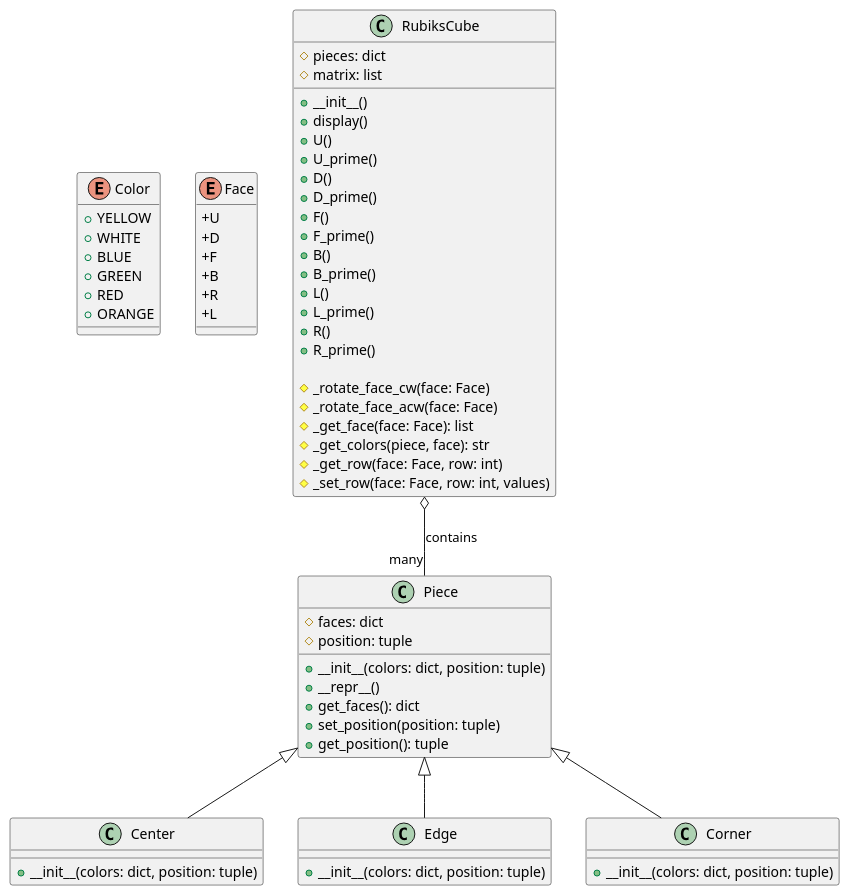
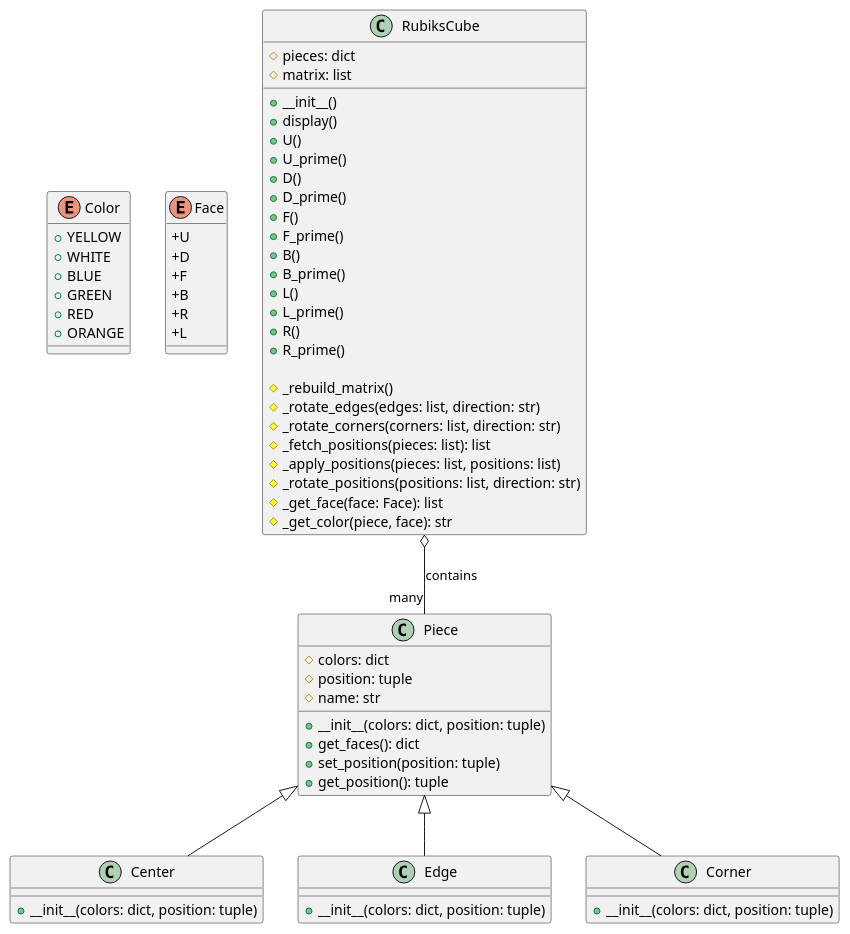
Before and after one commit to FuriousFire05/rubix-cube-solver: the diagram in uml/rubix_cube.puml, drawn with PlantUML. The commit also changed 1 other file, not shown here.

Commit message:
chore: Updated UML

```diff
--- a/uml/rubix_cube.puml
+++ b/uml/rubix_cube.puml
@@ -3,84 +3,86 @@
 @startuml rubix_cube
 
 ' Define Color Enum
 enum Color {
   +YELLOW
   +WHITE
   +BLUE
   +GREEN
   +RED
   +ORANGE
 }
 
 ' Define Face Enum
 enum Face {
   +U
   +D
   +F
   +B
   +R
   +L
 }
 
 ' Define Piece Class
 class Piece {
-  #faces: dict
+  #colors: dict
   #position: tuple
+  #name: str
 
   +__init__(colors: dict, position: tuple)
-  +__repr__()
   +get_faces(): dict
   +set_position(position: tuple)
   +get_position(): tuple
 }
 
 ' Define Center Class (inherits from Piece)
 class Center {
   +__init__(colors: dict, position: tuple)
 }
 
 ' Define Edge Class (inherits from Piece)
 class Edge {
   +__init__(colors: dict, position: tuple)
 }
 
 ' Define Corner Class (inherits from Piece)
 class Corner {
   +__init__(colors: dict, position: tuple)
 }
 
 ' Define Cube Class
 class RubiksCube {
   #pieces: dict
   #matrix: list
 
   +__init__()
   +display()
   +U()
   +U_prime()
   +D()
   +D_prime()
   +F()
   +F_prime()
   +B()
   +B_prime()
   +L()
   +L_prime()
   +R()
   +R_prime()
 
-  #_rotate_face_cw(face: Face)
-  #_rotate_face_acw(face: Face)
+  #_rebuild_matrix()
+  #_rotate_edges(edges: list, direction: str)
+  #_rotate_corners(corners: list, direction: str)
+  #_fetch_positions(pieces: list): list
+  #_apply_positions(pieces: list, positions: list)
+  #_rotate_positions(positions: list, direction: str)
   #_get_face(face: Face): list
-  #_get_colors(piece, face): str
-  #_get_row(face: Face, row: int)
-  #_set_row(face: Face, row: int, values)
+  #_get_color(piece, face): str
 }
 
 ' Define relationships between classes
 Piece <|-- Center
 Piece <|-- Edge
 Piece <|-- Corner
 RubiksCube o-- "many" Piece : contains
 
 @enduml
```
